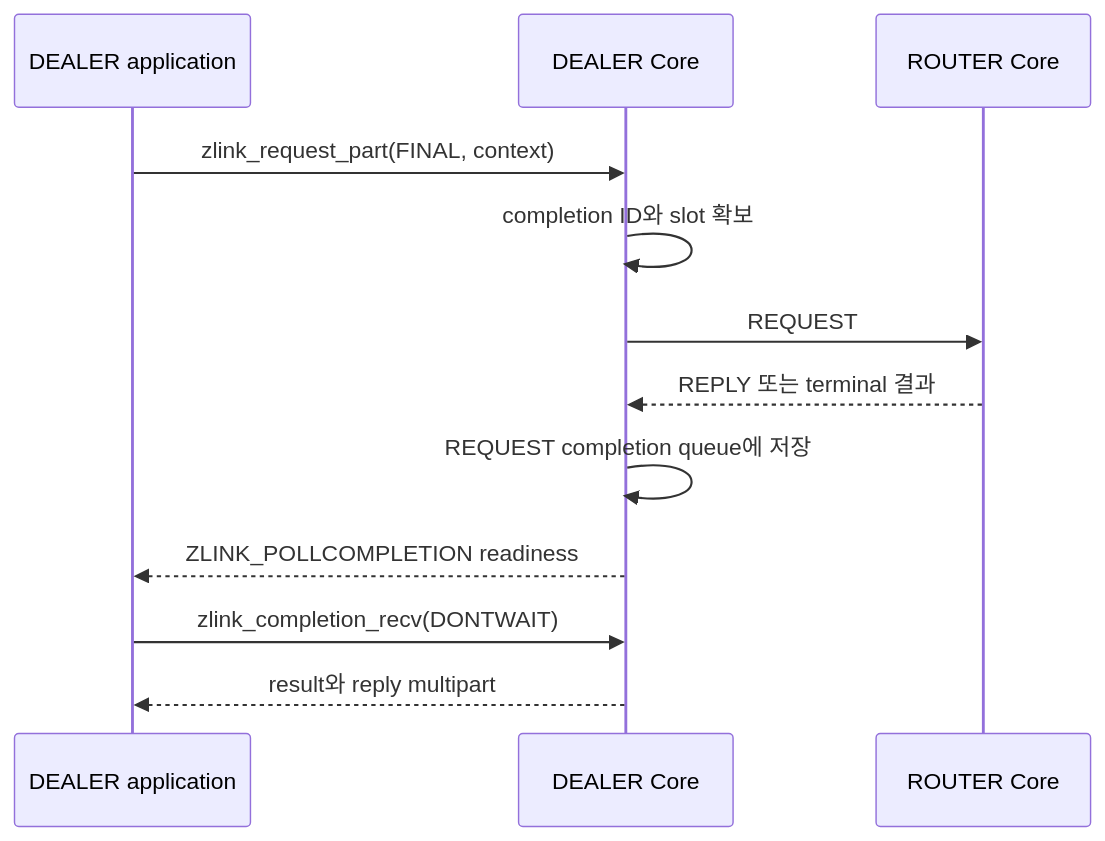
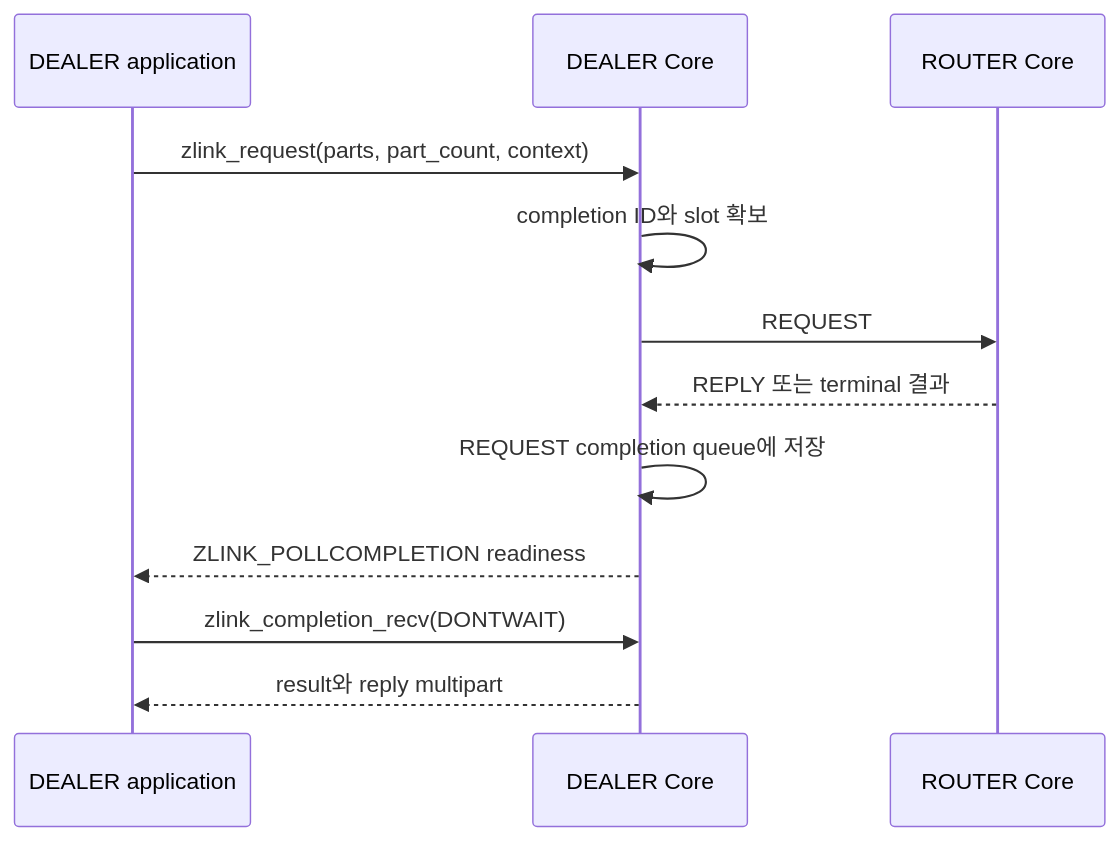
One commit to zlink-systems/zlink changed the diagram in core/doc/spec/core/socket/06-dealer.ko.md. Above: the diagram before and after it, drawn with Mermaid. The commit also changed other lines of this file and 34 other files, not shown here.

````diff
--- a/core/doc/spec/core/socket/06-dealer.ko.md
+++ b/core/doc/spec/core/socket/06-dealer.ko.md
@@ -57,14 +56,14 @@
 ```mermaid
 sequenceDiagram
     participant App as DEALER application
     participant D as DEALER Core
     participant R as ROUTER Core
-    App->>D: zlink_request_part(FINAL, context)
+    App->>D: zlink_request(parts, part_count, context)
     D->>D: completion ID와 slot 확보
     D->>R: REQUEST
     R-->>D: REPLY 또는 terminal 결과
     D->>D: REQUEST completion queue에 저장
     D-->>App: ZLINK_POLLCOMPLETION readiness
     App->>D: zlink_completion_recv(DONTWAIT)
     D-->>App: result와 reply multipart
 ```
````
